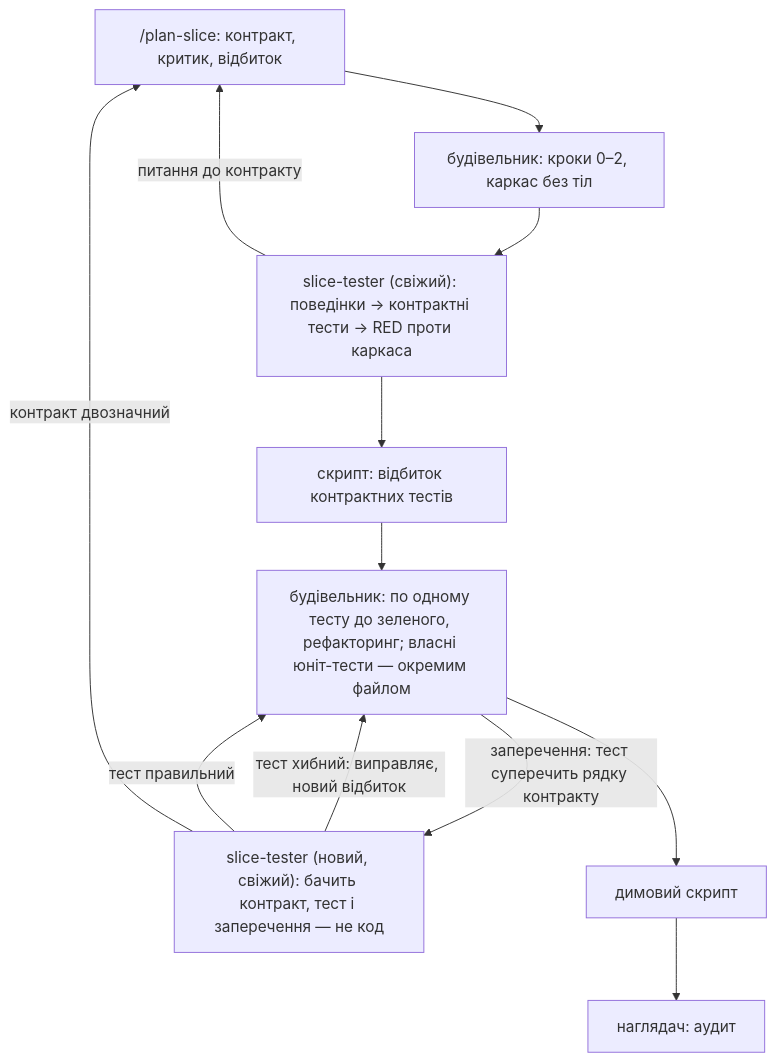
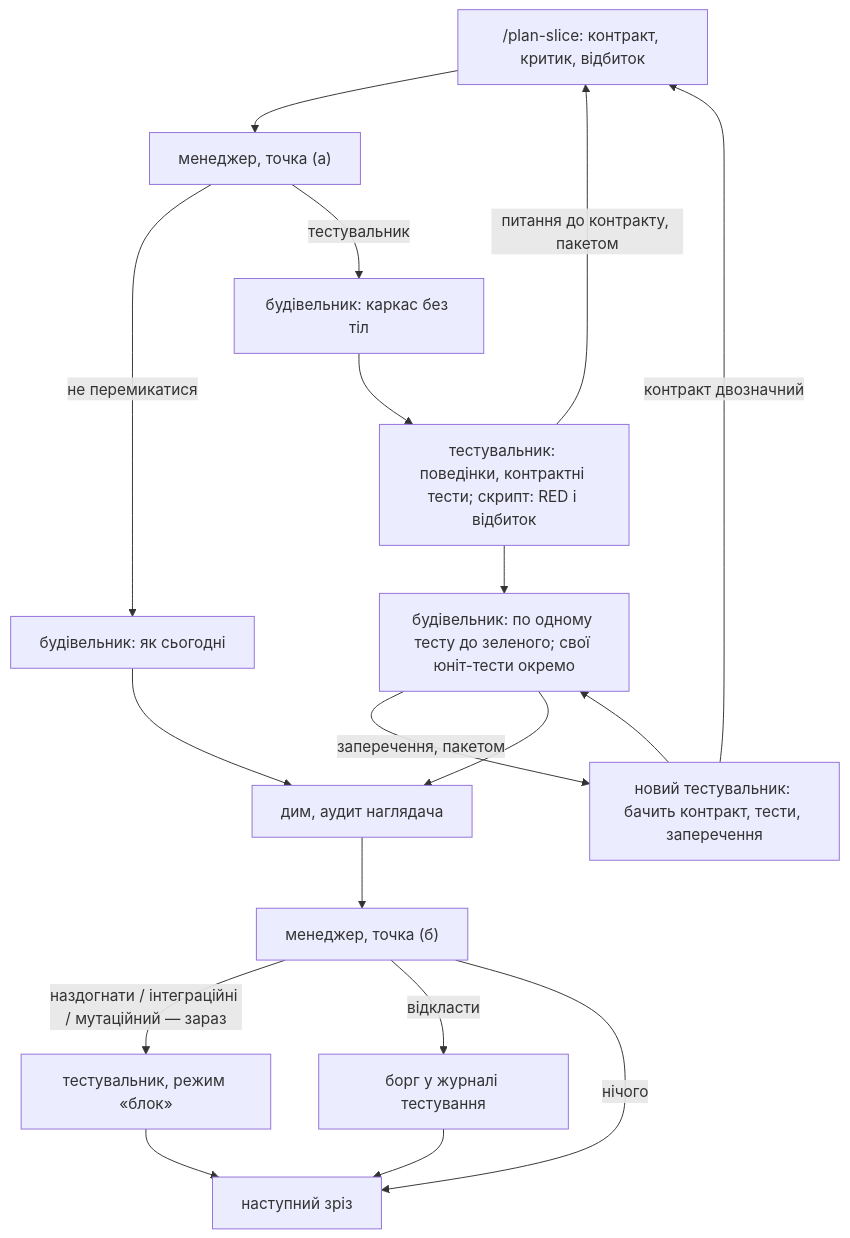
One commit to Tolkoton/claude-cli-config changed the diagram in tasks/blocked/report-060-tester-design.md. Above: the diagram before and after it, drawn with Mermaid. The commit also changed other lines of this file and 2 other files, not shown here.

````diff
--- a/tasks/blocked/report-060-tester-design.md
+++ b/tasks/blocked/report-060-tester-design.md
@@ -54,13 +241,20 @@
 ```mermaid
 flowchart TD
-    P["/plan-slice: контракт, критик, відбиток"] --> K["будівельник: кроки 0–2, каркас без тіл"]
-    K --> T["slice-tester (свіжий): поведінки → контрактні тести → RED проти каркаса"]
-    T -->|питання до контракту| P
-    T --> S["скрипт: відбиток контрактних тестів"]
-    S --> B["будівельник: по одному тесту до зеленого, рефакторинг; власні юніт-тести — окремим файлом"]
-    B -->|"заперечення: тест суперечить рядку контракту"| D["slice-tester (новий, свіжий): бачить контракт, тест і заперечення — не код"]
-    D -->|тест хибний: виправляє, новий відбиток| B
-    D -->|тест правильний| B
+    P["/plan-slice: контракт, критик, відбиток"] --> MA["менеджер, точка (а)"]
+    MA -->|не перемикатися| B0["будівельник: як сьогодні"]
+    MA -->|тестувальник| K["будівельник: каркас без тіл"]
+    K --> T["тестувальник: поведінки, контрактні тести; скрипт: RED і відбиток"]
+    T -->|питання до контракту, пакетом| P
+    T --> B["будівельник: по одному тесту до зеленого; свої юніт-тести окремо"]
+    B -->|заперечення, пакетом| D["новий тестувальник: бачить контракт, тести, заперечення"]
+    D --> B
     D -->|контракт двозначний| P
-    B --> M["димовий скрипт"] --> O["наглядач: аудит"]
+    B --> S["дим, аудит наглядача"]
+    B0 --> S
+    S --> MB["менеджер, точка (б)"]
+    MB -->|наздогнати / інтеграційні / мутаційний — зараз| X["тестувальник, режим «блок»"]
+    MB -->|відкласти| L["борг у журналі тестування"]
+    MB -->|нічого| N["наступний зріз"]
+    X --> N
+    L --> N
 ```
````
